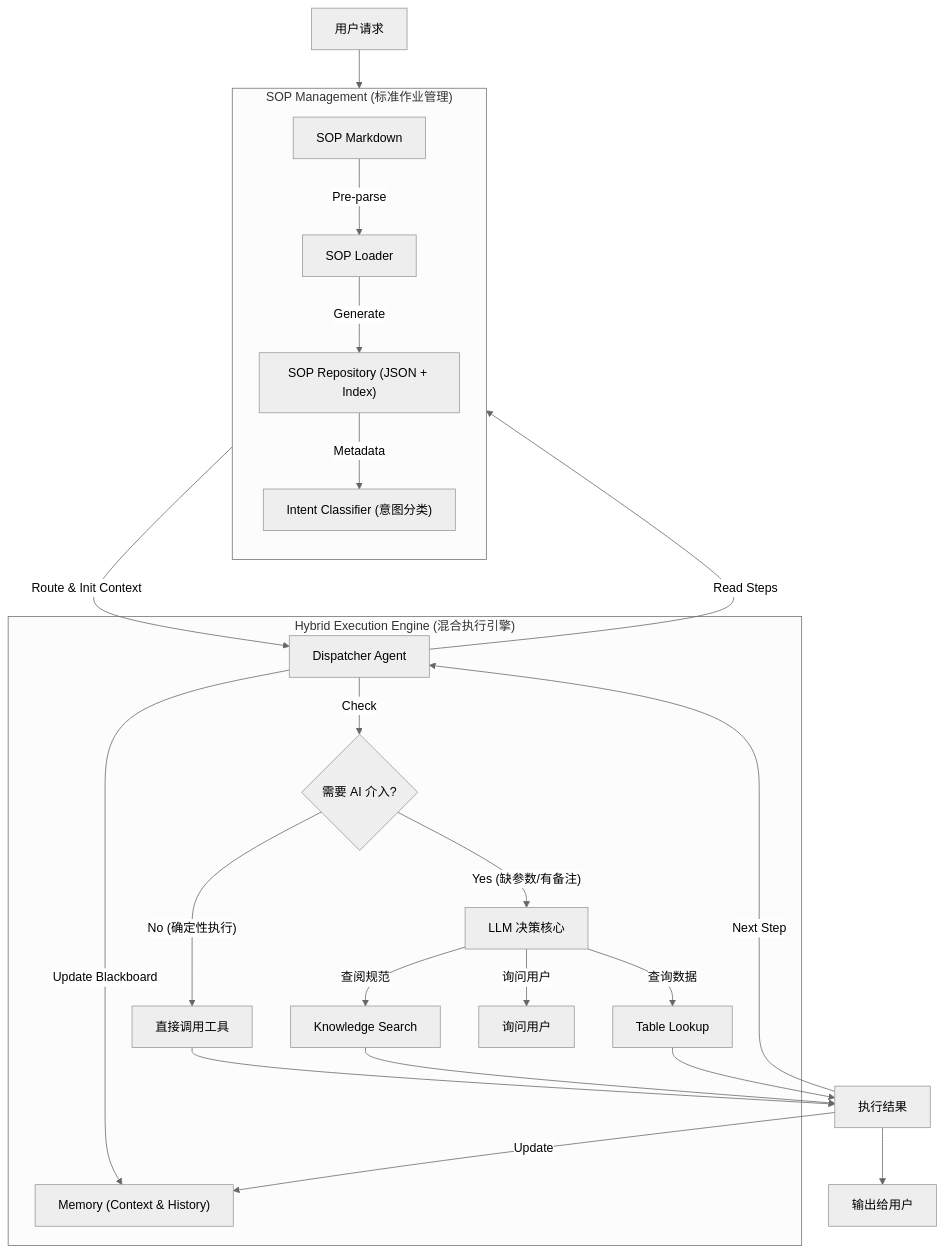
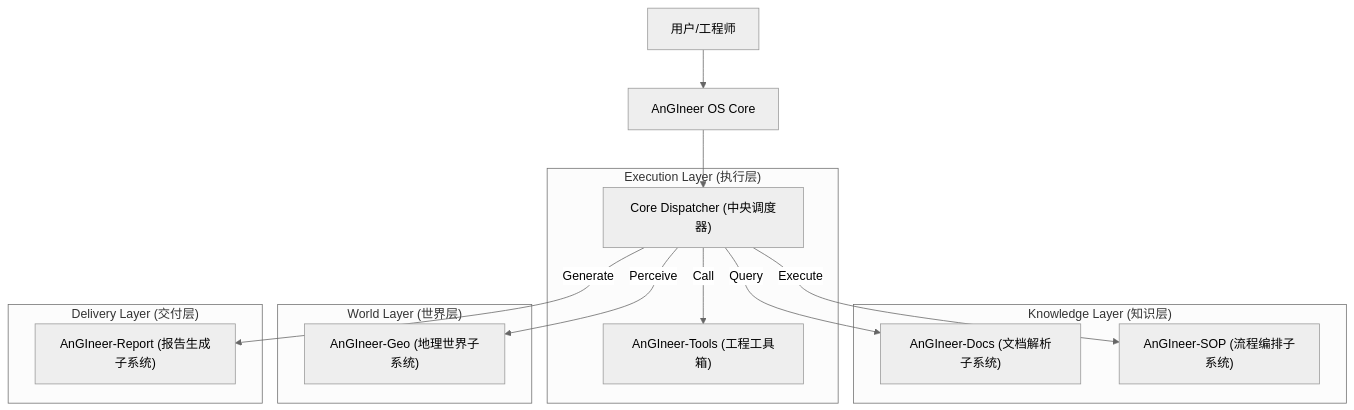
One commit to 0mao0/AnGIneer changed the diagram in README.md. Above: the diagram before and after it, drawn with Mermaid (neutral theme). The commit also changed other lines of this file and 18 other files, not shown here.

````diff
--- a/README.md
+++ b/README.md
@@ -21,33 +13,29 @@
 ```mermaid
 graph TD
-    User[用户请求] --> Classifier["Intent Classifier (意图分类)"]
+    User[用户/工程师] --> OS[AnGIneer OS Core]
     
-    subgraph "SOP Management (标准作业管理)"
-        direction TB
-        Markdown["SOP Markdown"] -->|Pre-parse| Loader["SOP Loader"]
-        Loader -->|Generate| Repository["SOP Repository (JSON + Index)"]
-        Repository -->|Metadata| Classifier
+    subgraph "Knowledge Layer (知识层)"
+        Docs["AnGIneer-Docs (文档解析子系统)"]
+        Exp["AnGIneer-SOP (流程编排子系统)"]
+    end
+    
+    subgraph "Execution Layer (执行层)"
+        Dispatcher["Core Dispatcher (中央调度器)"]
+        Tools["AnGIneer-Tools (工程工具箱)"]
+    end
+    
+    subgraph "World Layer (世界层)"
+        Geo["AnGIneer-Geo (地理世界子系统)"]
+    end
+    
+    subgraph "Delivery Layer (交付层)"
+        Report["AnGIneer-Report (报告生成子系统)"]
     end
 
-    Classifier -->|Route & Init Context| Dispatcher[Dispatcher Agent]
-    
-    subgraph "Hybrid Execution Engine (混合执行引擎)"
-        Dispatcher -->|Read Steps| Repository
-        Dispatcher -->|Update Blackboard| Memory["Memory (Context & History)"]
-        Dispatcher -->|Check| Decision{需要 AI 介入?}
-        
-        Decision -- No (确定性执行) --> ToolExec[直接调用工具]
-        Decision -- Yes (缺参数/有备注) --> LLM[LLM 决策核心]
-        
-        LLM -->|查阅规范| KnowledgeTool["Knowledge Search"]
-        LLM -->|查询数据| TableTool["Table Lookup"]
-        LLM -->|询问用户| UserAsk[询问用户]
-    end
-    
-    ToolExec --> Result[执行结果]
-    KnowledgeTool --> Result
-    TableTool --> Result
-    Result -->|Update| Memory
-    Result -->|Next Step| Dispatcher
-    Result --> Final[输出给用户]
+    OS --> Dispatcher
+    Dispatcher -->|Query| Docs
+    Dispatcher -->|Execute| Exp
+    Dispatcher -->|Call| Tools
+    Dispatcher -->|Perceive| Geo
+    Dispatcher -->|Generate| Report
 ```
````
